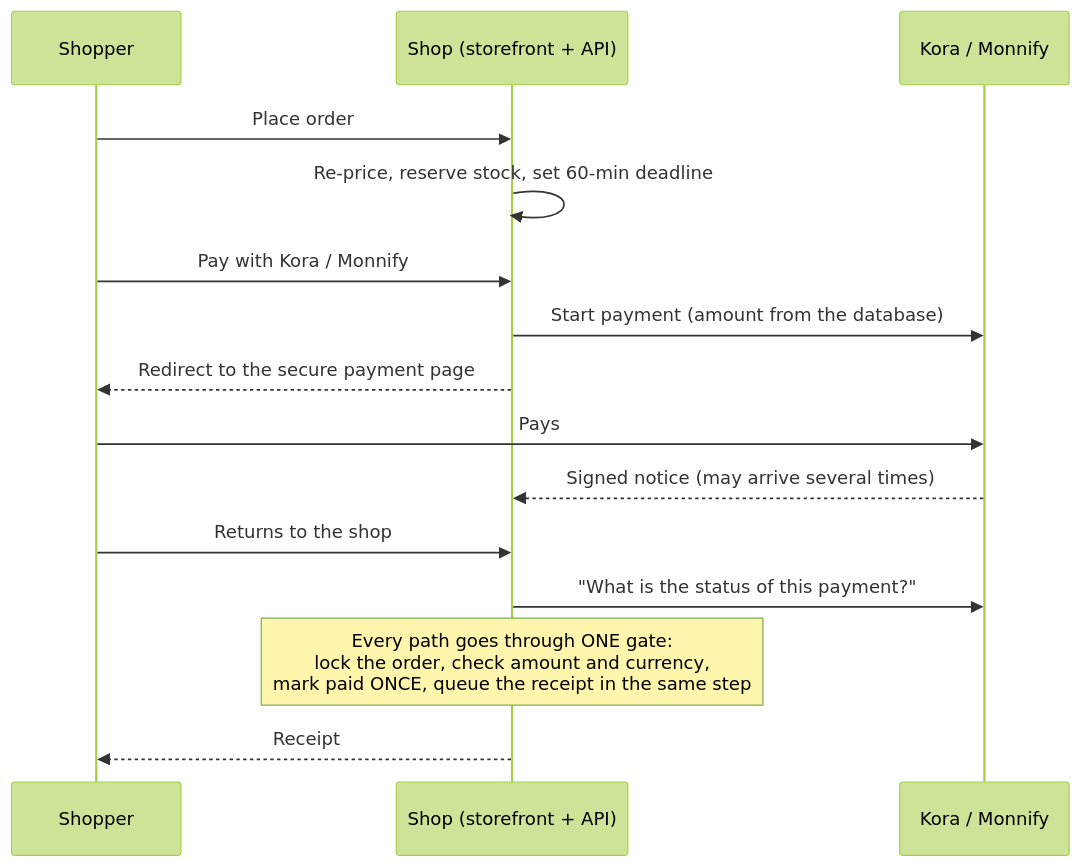
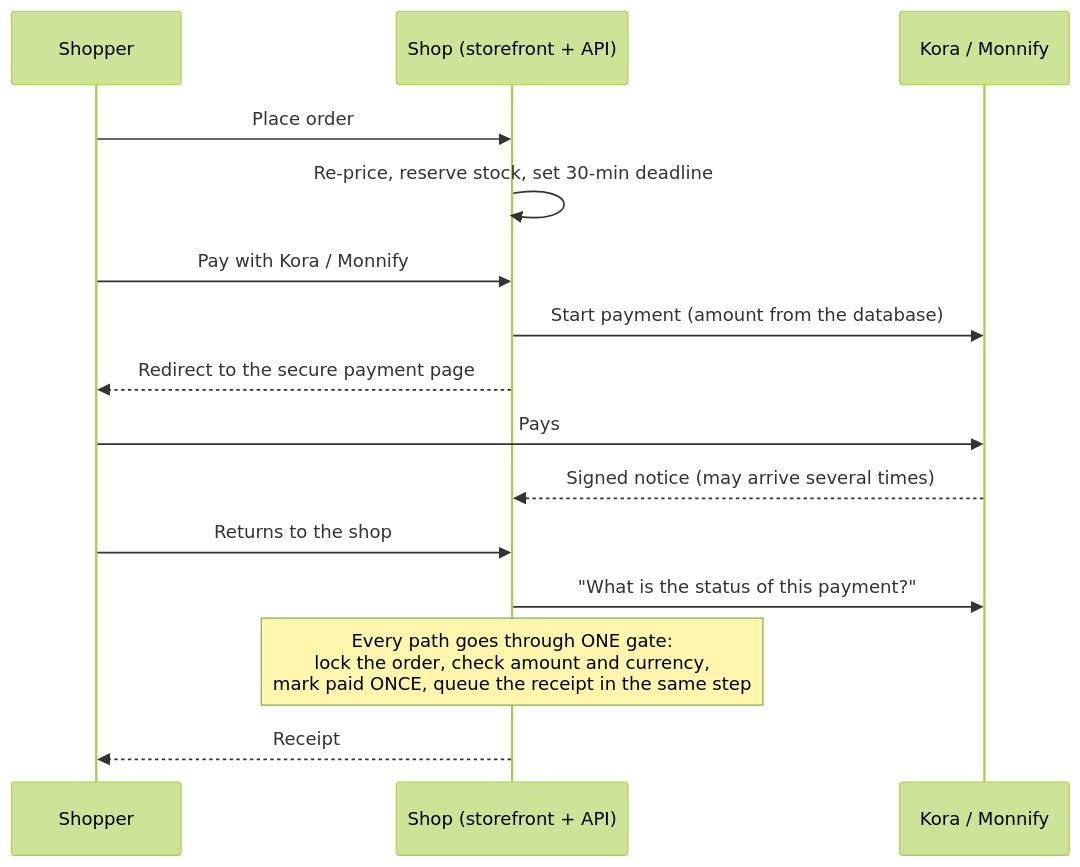
The third of 3 diagrams in docs/HOW_THE_SHOP_WORKS.md (Simonkhariz/eCommerce), drawn with Mermaid (forest theme) before and after one commit. The commit also changed other lines of this file and 2 other files, not shown here.

````diff
--- a/docs/HOW_THE_SHOP_WORKS.md
+++ b/docs/HOW_THE_SHOP_WORKS.md
@@ -1112,17 +1131,17 @@
 ```mermaid
 sequenceDiagram
     participant S as Shopper
     participant Shop as Shop (storefront + API)
     participant G as Kora / Monnify
     S->>Shop: Place order
-    Shop->>Shop: Re-price, reserve stock, set 60-min deadline
+    Shop->>Shop: Re-price, reserve stock, set 30-min deadline
     S->>Shop: Pay with Kora / Monnify
     Shop->>G: Start payment (amount from the database)
     Shop-->>S: Redirect to the secure payment page
     S->>G: Pays
     G-->>Shop: Signed notice (may arrive several times)
     S->>Shop: Returns to the shop
     Shop->>G: "What is the status of this payment?"
     Note over Shop: Every path goes through ONE gate:<br/>lock the order, check amount and currency,<br/>mark paid ONCE, queue the receipt in the same step
     Shop-->>S: Receipt
 ```
````
